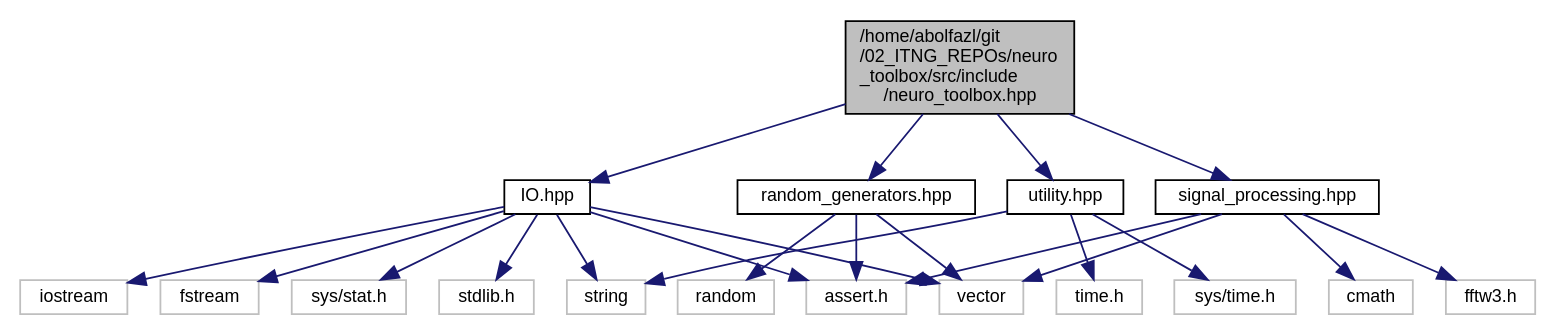
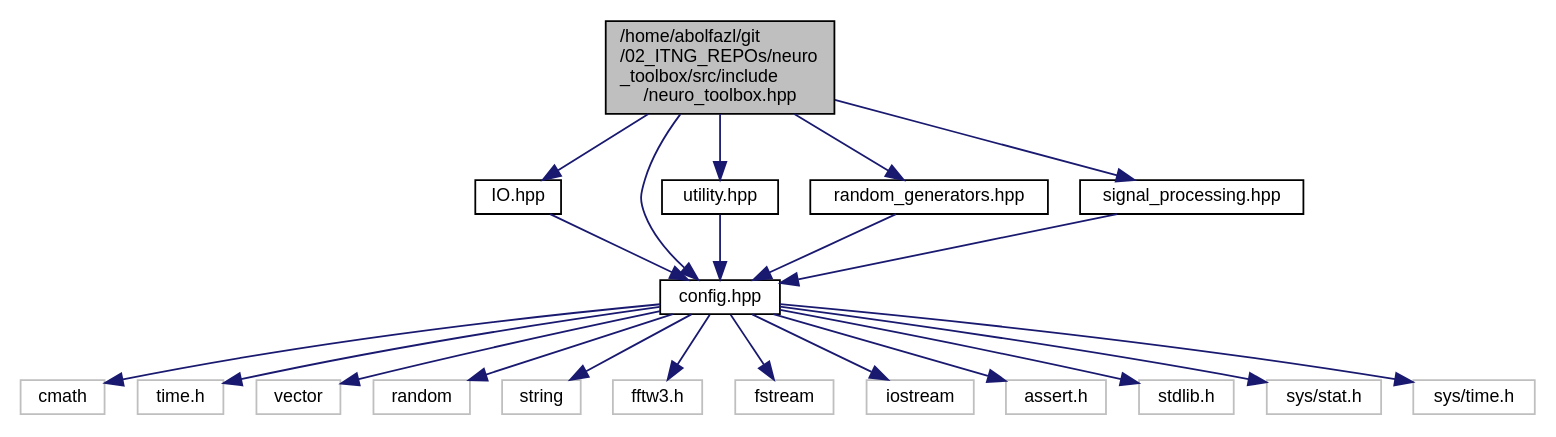
The diagram in docs/neuro__toolbox_8hpp__incl.dot (Ziaeemehr/neuro_toolbox), drawn with Graphviz before and after one commit. The commit also changed 78 other files, not shown here.

Commit message:
docs updated. config.hpp added.

```diff
--- a/docs/neuro__toolbox_8hpp__incl.dot
+++ b/docs/neuro__toolbox_8hpp__incl.dot
@@ -1,43 +1,44 @@
 digraph "/home/abolfazl/git/02_ITNG_REPOs/neuro_toolbox/src/include/neuro_toolbox.hpp"
 {
   edge [fontname="Helvetica",fontsize="10",labelfontname="Helvetica",labelfontsize="10"];
   node [fontname="Helvetica",fontsize="10",shape=record];
   Node0 [label="/home/abolfazl/git\l/02_ITNG_REPOs/neuro\l_toolbox/src/include\l/neuro_toolbox.hpp",height=0.2,width=0.4,color="black", fillcolor="grey75", style="filled", fontcolor="black"];
   Node0 -> Node1 [color="midnightblue",fontsize="10",style="solid",fontname="Helvetica"];
   Node1 [label="IO.hpp",height=0.2,width=0.4,color="black", fillcolor="white", style="filled",URL="$IO_8hpp.html"];
   Node1 -> Node2 [color="midnightblue",fontsize="10",style="solid",fontname="Helvetica"];
-  Node2 [label="iostream",height=0.2,width=0.4,color="grey75", fillcolor="white", style="filled"];
-  Node1 -> Node3 [color="midnightblue",fontsize="10",style="solid",fontname="Helvetica"];
-  Node3 [label="fstream",height=0.2,width=0.4,color="grey75", fillcolor="white", style="filled"];
-  Node1 -> Node4 [color="midnightblue",fontsize="10",style="solid",fontname="Helvetica"];
-  Node4 [label="vector",height=0.2,width=0.4,color="grey75", fillcolor="white", style="filled"];
-  Node1 -> Node5 [color="midnightblue",fontsize="10",style="solid",fontname="Helvetica"];
-  Node5 [label="string",height=0.2,width=0.4,color="grey75", fillcolor="white", style="filled"];
-  Node1 -> Node6 [color="midnightblue",fontsize="10",style="solid",fontname="Helvetica"];
-  Node6 [label="sys/stat.h",height=0.2,width=0.4,color="grey75", fillcolor="white", style="filled"];
-  Node1 -> Node7 [color="midnightblue",fontsize="10",style="solid",fontname="Helvetica"];
-  Node7 [label="assert.h",height=0.2,width=0.4,color="grey75", fillcolor="white", style="filled"];
-  Node1 -> Node8 [color="midnightblue",fontsize="10",style="solid",fontname="Helvetica"];
-  Node8 [label="stdlib.h",height=0.2,width=0.4,color="grey75", fillcolor="white", style="filled"];
-  Node0 -> Node9 [color="midnightblue",fontsize="10",style="solid",fontname="Helvetica"];
-  Node9 [label="utility.hpp",height=0.2,width=0.4,color="black", fillcolor="white", style="filled",URL="$utility_8hpp.html"];
-  Node9 -> Node10 [color="midnightblue",fontsize="10",style="solid",fontname="Helvetica"];
-  Node10 [label="time.h",height=0.2,width=0.4,color="grey75", fillcolor="white", style="filled"];
-  Node9 -> Node11 [color="midnightblue",fontsize="10",style="solid",fontname="Helvetica"];
-  Node11 [label="sys/time.h",height=0.2,width=0.4,color="grey75", fillcolor="white", style="filled"];
-  Node9 -> Node5 [color="midnightblue",fontsize="10",style="solid",fontname="Helvetica"];
-  Node0 -> Node12 [color="midnightblue",fontsize="10",style="solid",fontname="Helvetica"];
-  Node12 [label="random_generators.hpp",height=0.2,width=0.4,color="black", fillcolor="white", style="filled",URL="$random__generators_8hpp.html"];
-  Node12 -> Node4 [color="midnightblue",fontsize="10",style="solid",fontname="Helvetica"];
-  Node12 -> Node13 [color="midnightblue",fontsize="10",style="solid",fontname="Helvetica"];
-  Node13 [label="random",height=0.2,width=0.4,color="grey75", fillcolor="white", style="filled"];
-  Node12 -> Node7 [color="midnightblue",fontsize="10",style="solid",fontname="Helvetica"];
-  Node0 -> Node14 [color="midnightblue",fontsize="10",style="solid",fontname="Helvetica"];
-  Node14 [label="signal_processing.hpp",height=0.2,width=0.4,color="black", fillcolor="white", style="filled",URL="$signal__processing_8hpp.html"];
-  Node14 -> Node4 [color="midnightblue",fontsize="10",style="solid",fontname="Helvetica"];
-  Node14 -> Node15 [color="midnightblue",fontsize="10",style="solid",fontname="Helvetica"];
-  Node15 [label="cmath",height=0.2,width=0.4,color="grey75", fillcolor="white", style="filled"];
-  Node14 -> Node16 [color="midnightblue",fontsize="10",style="solid",fontname="Helvetica"];
-  Node16 [label="fftw3.h",height=0.2,width=0.4,color="grey75", fillcolor="white", style="filled"];
-  Node14 -> Node7 [color="midnightblue",fontsize="10",style="solid",fontname="Helvetica"];
+  Node2 [label="config.hpp",height=0.2,width=0.4,color="black", fillcolor="white", style="filled",URL="$config_8hpp.html"];
+  Node2 -> Node3 [color="midnightblue",fontsize="10",style="solid",fontname="Helvetica"];
+  Node3 [label="cmath",height=0.2,width=0.4,color="grey75", fillcolor="white", style="filled"];
+  Node2 -> Node4 [color="midnightblue",fontsize="10",style="solid",fontname="Helvetica"];
+  Node4 [label="time.h",height=0.2,width=0.4,color="grey75", fillcolor="white", style="filled"];
+  Node2 -> Node5 [color="midnightblue",fontsize="10",style="solid",fontname="Helvetica"];
+  Node5 [label="vector",height=0.2,width=0.4,color="grey75", fillcolor="white", style="filled"];
+  Node2 -> Node6 [color="midnightblue",fontsize="10",style="solid",fontname="Helvetica"];
+  Node6 [label="random",height=0.2,width=0.4,color="grey75", fillcolor="white", style="filled"];
+  Node2 -> Node7 [color="midnightblue",fontsize="10",style="solid",fontname="Helvetica"];
+  Node7 [label="string",height=0.2,width=0.4,color="grey75", fillcolor="white", style="filled"];
+  Node2 -> Node8 [color="midnightblue",fontsize="10",style="solid",fontname="Helvetica"];
+  Node8 [label="fftw3.h",height=0.2,width=0.4,color="grey75", fillcolor="white", style="filled"];
+  Node2 -> Node9 [color="midnightblue",fontsize="10",style="solid",fontname="Helvetica"];
+  Node9 [label="fstream",height=0.2,width=0.4,color="grey75", fillcolor="white", style="filled"];
+  Node2 -> Node10 [color="midnightblue",fontsize="10",style="solid",fontname="Helvetica"];
+  Node10 [label="iostream",height=0.2,width=0.4,color="grey75", fillcolor="white", style="filled"];
+  Node2 -> Node11 [color="midnightblue",fontsize="10",style="solid",fontname="Helvetica"];
+  Node11 [label="assert.h",height=0.2,width=0.4,color="grey75", fillcolor="white", style="filled"];
+  Node2 -> Node12 [color="midnightblue",fontsize="10",style="solid",fontname="Helvetica"];
+  Node12 [label="stdlib.h",height=0.2,width=0.4,color="grey75", fillcolor="white", style="filled"];
+  Node2 -> Node13 [color="midnightblue",fontsize="10",style="solid",fontname="Helvetica"];
+  Node13 [label="sys/stat.h",height=0.2,width=0.4,color="grey75", fillcolor="white", style="filled"];
+  Node2 -> Node14 [color="midnightblue",fontsize="10",style="solid",fontname="Helvetica"];
+  Node14 [label="sys/time.h",height=0.2,width=0.4,color="grey75", fillcolor="white", style="filled"];
+  Node0 -> Node2 [color="midnightblue",fontsize="10",style="solid",fontname="Helvetica"];
+  Node0 -> Node15 [color="midnightblue",fontsize="10",style="solid",fontname="Helvetica"];
+  Node15 [label="utility.hpp",height=0.2,width=0.4,color="black", fillcolor="white", style="filled",URL="$utility_8hpp.html"];
+  Node15 -> Node2 [color="midnightblue",fontsize="10",style="solid",fontname="Helvetica"];
+  Node0 -> Node16 [color="midnightblue",fontsize="10",style="solid",fontname="Helvetica"];
+  Node16 [label="random_generators.hpp",height=0.2,width=0.4,color="black", fillcolor="white", style="filled",URL="$random__generators_8hpp.html"];
+  Node16 -> Node2 [color="midnightblue",fontsize="10",style="solid",fontname="Helvetica"];
+  Node0 -> Node17 [color="midnightblue",fontsize="10",style="solid",fontname="Helvetica"];
+  Node17 [label="signal_processing.hpp",height=0.2,width=0.4,color="black", fillcolor="white", style="filled",URL="$signal__processing_8hpp.html"];
+  Node17 -> Node2 [color="midnightblue",fontsize="10",style="solid",fontname="Helvetica"];
 }
```
